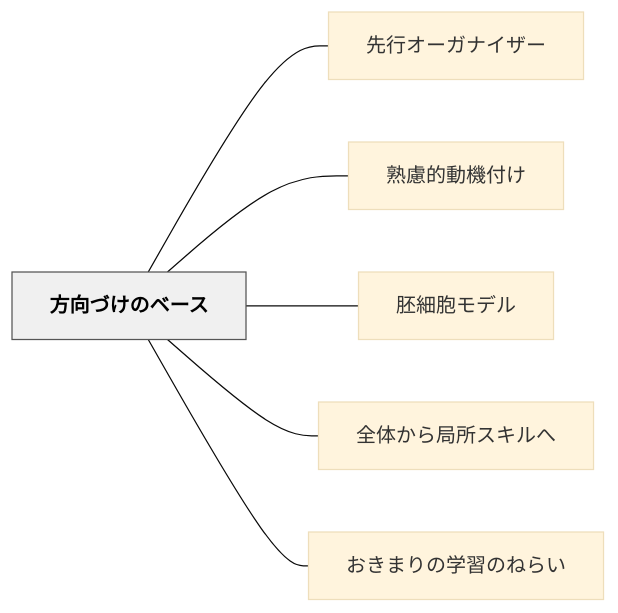
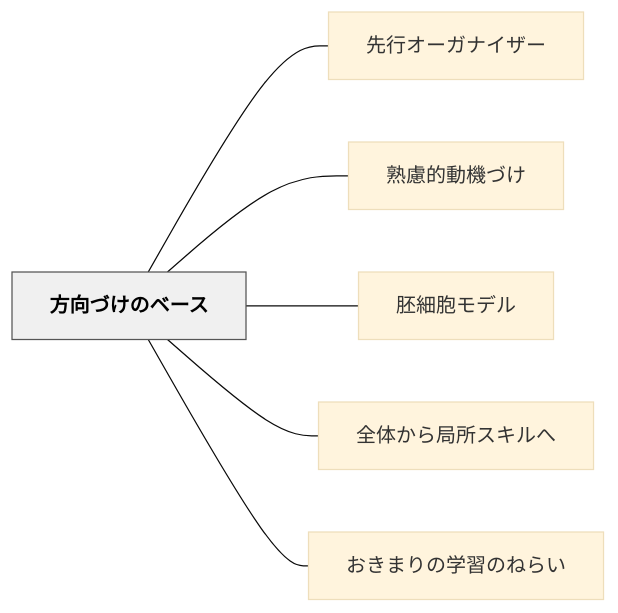
One commit to unknownthings-ed-patterns/unknownthings-ed-patterns changed the diagram in content/パタン/方向づけのベース.md. Above: the diagram before and after it, drawn with Mermaid (base theme). The commit also changed other lines of this file and 234 other files, not shown here.

````diff
--- a/content/パタン/方向づけのベース.md
+++ b/content/パタン/方向づけのベース.md
@@ -37,18 +37,18 @@
 ```mermaid
 flowchart LR
     ne696b9e59091e381a5e38191e381aee38399e383bce382b9["方向づけのベース"]
     ne58588e8a18ce382aae383bce382ace3838ae382a4e382b6e383bc["先行オーガナイザー"]
-    ne7869fe685aee79a84e58b95e6a99fe4bb98e38191["熟慮的動機付け"]
+    ne7869fe685aee79a84e58b95e6a99fe381a5e38191["熟慮的動機づけ"]
     ne8839ae7b4b0e8839ee383a2e38387e383ab["胚細胞モデル"]
     ne585a8e4bd93e3818be38289e5b180e68980e382b9e382ade383abe381b8["全体から局所スキルへ"]
     ne3818ae3818de381bee3828ae381aee5ada6e7bf92e381aee381ade38289e38184["おきまりの学習のねらい"]
 
     ne696b9e59091e381a5e38191e381aee38399e383bce382b9 --- ne58588e8a18ce382aae383bce382ace3838ae382a4e382b6e383bc
-    ne696b9e59091e381a5e38191e381aee38399e383bce382b9 --- ne7869fe685aee79a84e58b95e6a99fe4bb98e38191
+    ne696b9e59091e381a5e38191e381aee38399e383bce382b9 --- ne7869fe685aee79a84e58b95e6a99fe381a5e38191
     ne696b9e59091e381a5e38191e381aee38399e383bce382b9 --- ne8839ae7b4b0e8839ee383a2e38387e383ab
     ne696b9e59091e381a5e38191e381aee38399e383bce382b9 --- ne585a8e4bd93e3818be38289e5b180e68980e382b9e382ade383abe381b8
     ne696b9e59091e381a5e38191e381aee38399e383bce382b9 --- ne3818ae3818de381bee3828ae381aee5ada6e7bf92e381aee381ade38289e38184
 
     classDef hub fill:#f0f0f0,stroke:#555,color:#000,font-weight:bold
     class ne696b9e59091e381a5e38191e381aee38399e383bce382b9 hub
 ```
````
